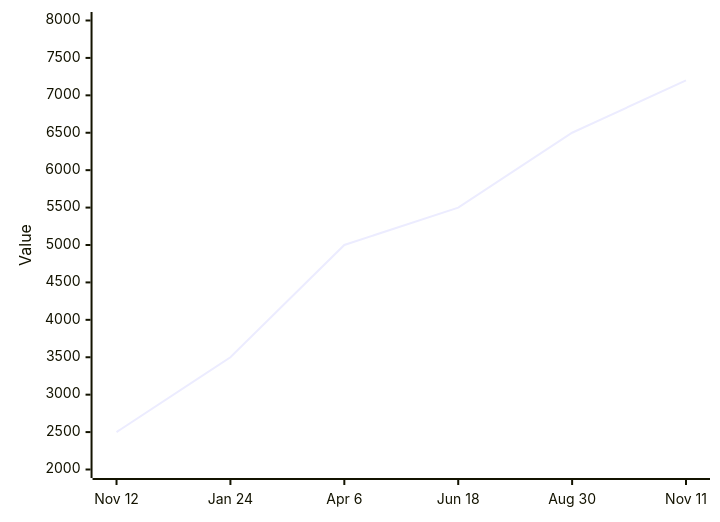
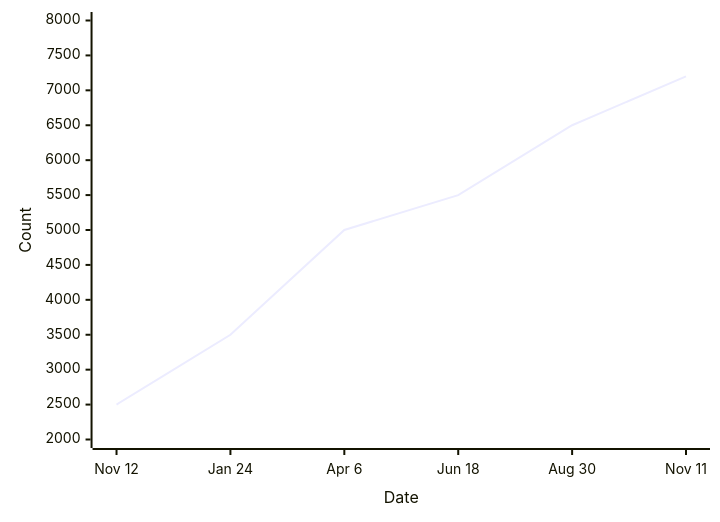
The fifth of 5 diagrams in pages/section-5.md (voioo/iac-pulumi-seminar), drawn with Mermaid before and after one commit.

Commit message:
Improve chart axis

````diff
--- a/pages/section-5.md
+++ b/pages/section-5.md
@@ -562,6 +562,6 @@
 ```mermaid {scale: 0.7}
 xychart-beta
-    x-axis ["Nov 12", "Jan 24", "Apr 6", "Jun 18", "Aug 30", "Nov 11"]
-    y-axis "Value" 2000 --> 8000
+    x-axis "Date" ["Nov 12", "Jan 24", "Apr 6", "Jun 18", "Aug 30", "Nov 11"]
+    y-axis "Count" 2000 --> 8000
     line [2500, 3500, 5000, 5500, 6500, 7200]
 ```
````
